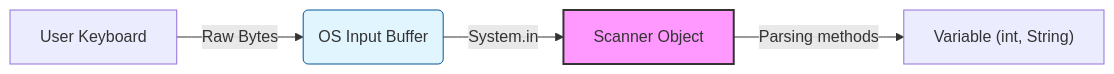
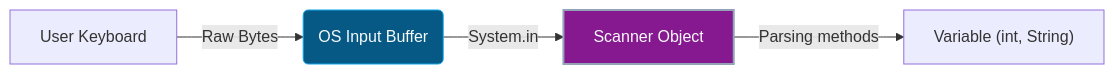
The diagram in _posts/java/01-basic-syntax/2025-11-13-Java-입력-처리와-scanner-클래스.md (Kang-Hyesung/kang-hyesung.github.io), drawn with Mermaid before and after one commit. The commit also changed 74 other files, not shown here.

Commit message:
docs: update post visibility and mermaid colors

````diff
--- a/_posts/java/01-basic-syntax/2025-11-13-Java-입력-처리와-scanner-클래스.md
+++ b/_posts/java/01-basic-syntax/2025-11-13-Java-입력-처리와-scanner-클래스.md
@@ -49,10 +49,10 @@
 ```mermaid
 graph LR
     A[User Keyboard] -->|Raw Bytes| B(OS Input Buffer);
     B -->|System.in| C[Scanner Object];
     C -->|Parsing methods| D["Variable (int, String)"];
     
-    style B fill:#e1f5fe,stroke:#01579b
-    style C fill:#f9f,stroke:#333,stroke-width:2px
+    style B fill:#075985,stroke:#0ea5e9,color:#f8fafc
+    style C fill:#86198f,stroke:#94a3b8,stroke-width:2px,color:#f8fafc
 
 ```
````
